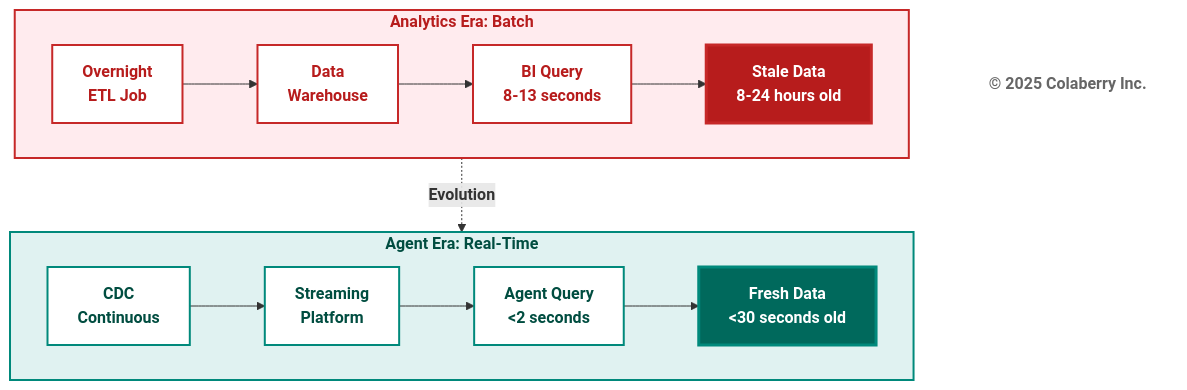
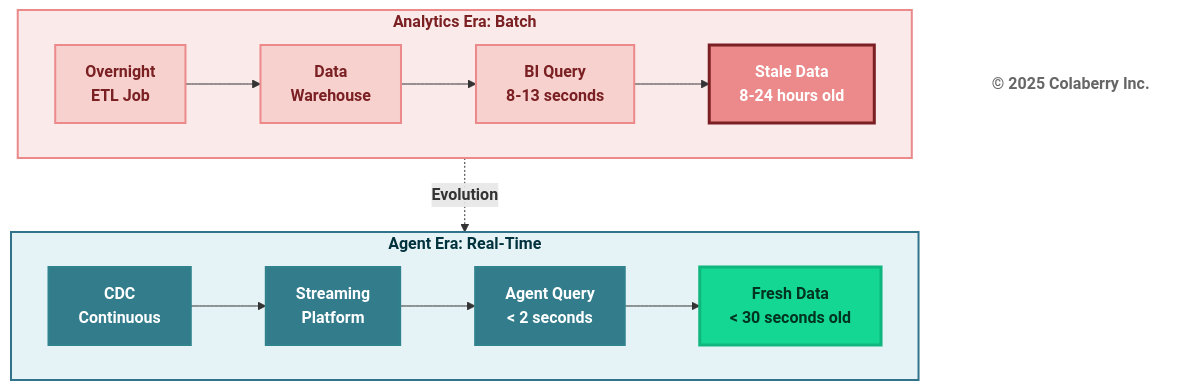
Before and after one commit to saitejesh-cyber/trust-before-intelligence-book: the seventh of 12 diagrams in manuscript/03_chapter_2_inpact_framework.md, drawn with Mermaid. The commit also changed other lines of this file, not shown here.

Commit message:
Update mermaid diagrams as per new coloberry color and contrast ratio for chapter 3

````diff
--- a/manuscript/03_chapter_2_inpact_framework.md
+++ b/manuscript/03_chapter_2_inpact_framework.md
@@ -489,35 +490,35 @@
 ```mermaid
 graph TB
     subgraph ERA1["<b>Analytics Era: Batch</b>"]
         direction LR
         A1["<b>Overnight<br/>ETL Job</b>"] --> B1["<b>Data<br/>Warehouse</b>"]
         B1 --> C1["<b>BI Query<br/>8-13 seconds</b>"]
         C1 --> D1["<b>Stale Data<br/>8-24 hours old</b>"]
         
-        style D1 fill:#b71c1c,color:#ffffff,stroke:#c62828,stroke-width:3px
+        style D1 fill:#EB898B,color:#ffffff,stroke:#7A1F22,stroke-width:3px
     end
     
     ERA1 -.->|<b>Evolution</b>| ERA2
     
     subgraph ERA2["<b>Agent Era: Real-Time</b>"]
         direction LR
         A2["<b>CDC<br/>Continuous</b>"] --> B2["<b>Streaming<br/>Platform</b>"]
-        B2 --> C2["<b>Agent Query<br/>&lt;2 seconds</b>"]
-        C2 --> D2["<b>Fresh Data<br/>&lt;30 seconds old</b>"]
+        B2 --> C2["<b>Agent Query<br/>&lt; 2 seconds</b>"]
+        C2 --> D2["<b>Fresh Data<br/>&lt; 30 seconds old</b>"]
         
-        style D2 fill:#00695c,color:#ffffff,stroke:#00897b,stroke-width:3px
+        style D2 fill:#14D793,color:#003322,stroke:#0FB67D,stroke-width:3px
     end
     
-    style ERA1 fill:#ffebee,stroke:#c62828,stroke-width:2px,color:#b71c1c
-    style A1 fill:#ffffff,stroke:#c62828,stroke-width:2px,color:#b71c1c
-    style B1 fill:#ffffff,stroke:#c62828,stroke-width:2px,color:#b71c1c
-    style C1 fill:#ffffff,stroke:#c62828,stroke-width:2px,color:#b71c1c
+    style ERA1 fill:#FBEAEA,stroke:#EB898B,stroke-width:2px,color:#7A1F22
+    style A1 fill:#F6D1CE,stroke:#EB898B,stroke-width:2px,color:#7A1F22
+    style B1 fill:#F6D1CE,stroke:#EB898B,stroke-width:2px,color:#7A1F22
+    style C1 fill:#F6D1CE,stroke:#EB898B,stroke-width:2px,color:#7A1F22
     
-    style ERA2 fill:#e0f2f1,stroke:#00897b,stroke-width:2px,color:#004d40
-    style A2 fill:#ffffff,stroke:#00897b,stroke-width:2px,color:#004d40
-    style B2 fill:#ffffff,stroke:#00897b,stroke-width:2px,color:#004d40
-    style C2 fill:#ffffff,stroke:#00897b,stroke-width:2px,color:#004d40
+    style ERA2 fill:#E6F3F6,stroke:#32738C,stroke-width:2px,color:#00323D
+    style A2 fill:#327C8C,stroke:#30838C,stroke-width:2px,color:#ffffff
+    style B2 fill:#327C8C,stroke:#30838C,stroke-width:2px,color:#ffffff
+    style C2 fill:#327C8C,stroke:#30838C,stroke-width:2px,color:#ffffff
     
     Copyright["<b>© 2025 Colaberry Inc.</b>"]
     style Copyright fill:#ffffff,stroke:none,color:#666666
 ```
````
